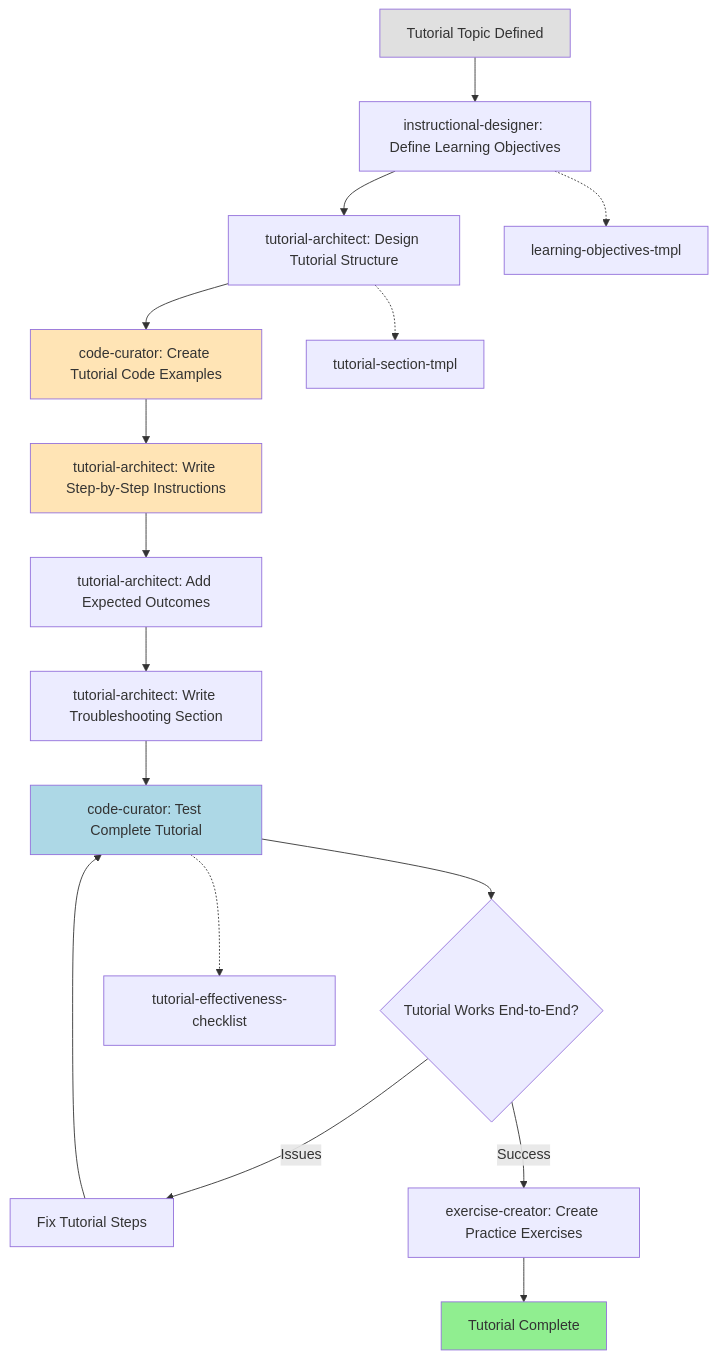
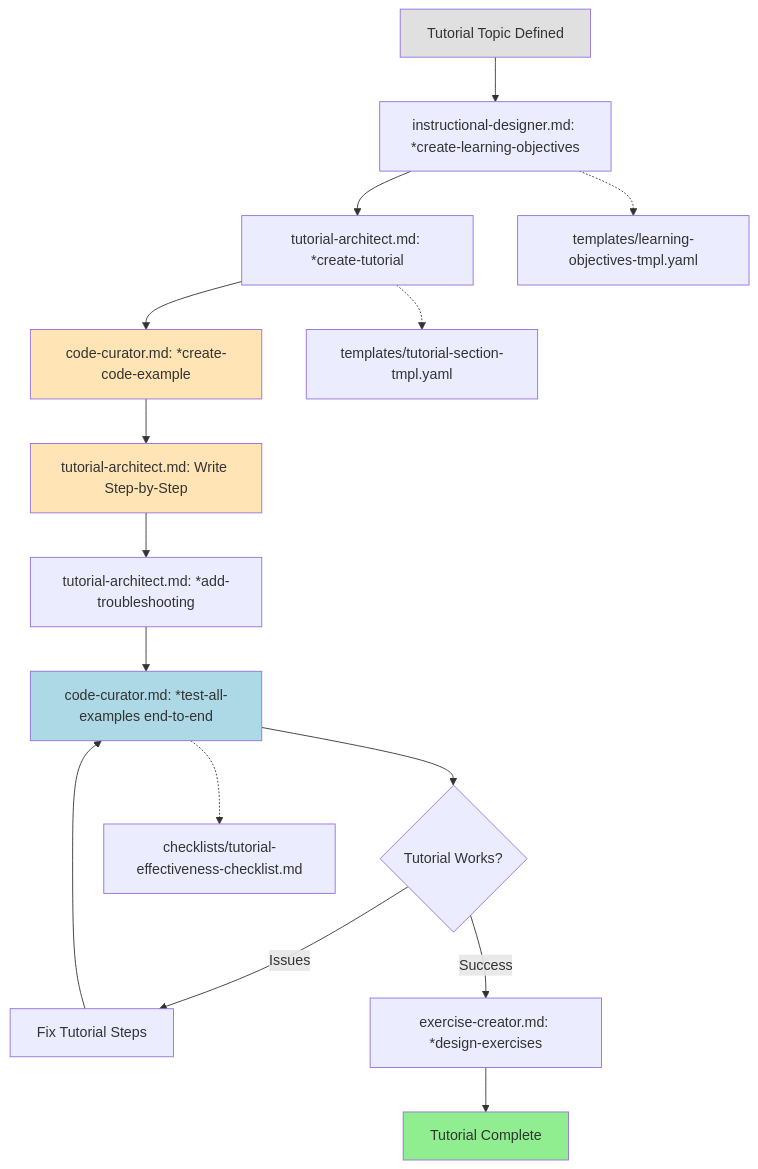
The eighth of 18 diagrams in expansion-packs/bmad-technical-writing/docs/process-flows.md (drbothen/BMAD-METHOD), drawn with Mermaid before and after one commit. The commit also changed other lines of this file, not shown here.

Commit message:
docs: add comprehensive process flow documentation

````diff
--- a/expansion-packs/bmad-technical-writing/docs/process-flows.md
+++ b/expansion-packs/bmad-technical-writing/docs/process-flows.md
@@ -434,25 +769,24 @@
 ```mermaid
 graph TD
-    A[Tutorial Topic Defined] --> B[instructional-designer: Define Learning Objectives]
-    B --> C[tutorial-architect: Design Tutorial Structure]
-    C --> D[code-curator: Create Tutorial Code Examples]
-    D --> E[tutorial-architect: Write Step-by-Step Instructions]
-    E --> F[tutorial-architect: Add Expected Outcomes]
-    F --> G[tutorial-architect: Write Troubleshooting Section]
-    G --> H[code-curator: Test Complete Tutorial]
-    H --> I{Tutorial Works End-to-End?}
-    I -->|Issues| J[Fix Tutorial Steps]
-    J --> H
-    I -->|Success| K[exercise-creator: Create Practice Exercises]
-    K --> L[Tutorial Complete]
+    A[Tutorial Topic Defined] --> B[instructional-designer.md: *create-learning-objectives]
+    B --> C[tutorial-architect.md: *create-tutorial]
+    C --> D[code-curator.md: *create-code-example]
+    D --> E[tutorial-architect.md: Write Step-by-Step]
+    E --> F[tutorial-architect.md: *add-troubleshooting]
+    F --> G[code-curator.md: *test-all-examples end-to-end]
+    G --> H{Tutorial Works?}
+    H -->|Issues| I[Fix Tutorial Steps]
+    I --> G
+    H -->|Success| J[exercise-creator.md: *design-exercises]
+    J --> K[Tutorial Complete]
 
-    B -.-> B1[learning-objectives-tmpl]
-    C -.-> C1[tutorial-section-tmpl]
-    H -.-> H1[tutorial-effectiveness-checklist]
+    B -.-> B1[templates/learning-objectives-tmpl.yaml]
+    C -.-> C1[templates/tutorial-section-tmpl.yaml]
+    G -.-> G1[checklists/tutorial-effectiveness-checklist.md]
 
     style A fill:#E0E0E0
-    style L fill:#90EE90
+    style K fill:#90EE90
     style D fill:#FFE4B5
     style E fill:#FFE4B5
-    style H fill:#ADD8E6
+    style G fill:#ADD8E6
 ```
````
